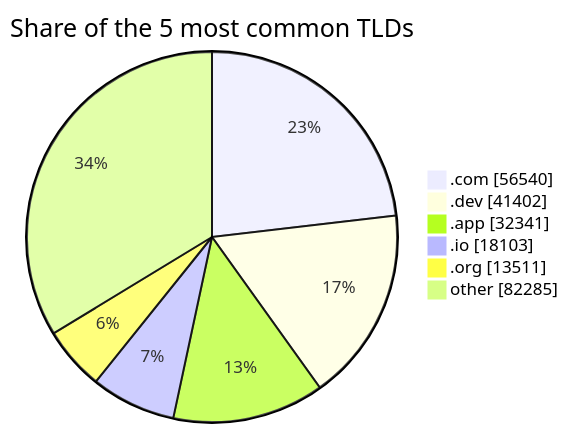
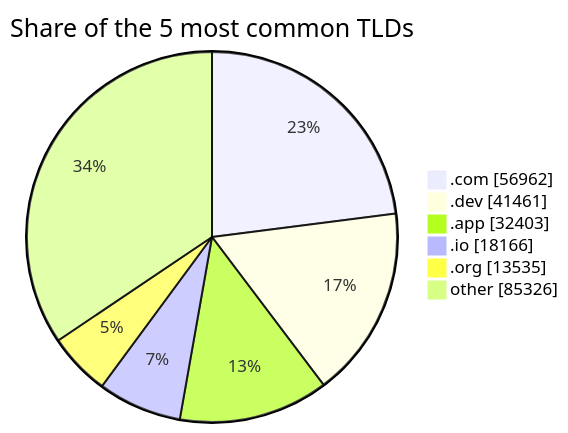
The second of 2 diagrams in README.md (DNSBunker/CTI), drawn with Mermaid before and after one commit. The commit also changed other lines of this file and 3 other files, not shown here.

````diff
--- a/README.md
+++ b/README.md
@@ -72,9 +72,9 @@
 ```mermaid
 pie showData title Share of the 5 most common TLDs
-    ".com" : 56540
-    ".dev" : 41402
-    ".app" : 32341
-    ".io" : 18103
-    ".org" : 13511
-    "other" : 82285
+    ".com" : 56962
+    ".dev" : 41461
+    ".app" : 32403
+    ".io" : 18166
+    ".org" : 13535
+    "other" : 85326
 ```
````
